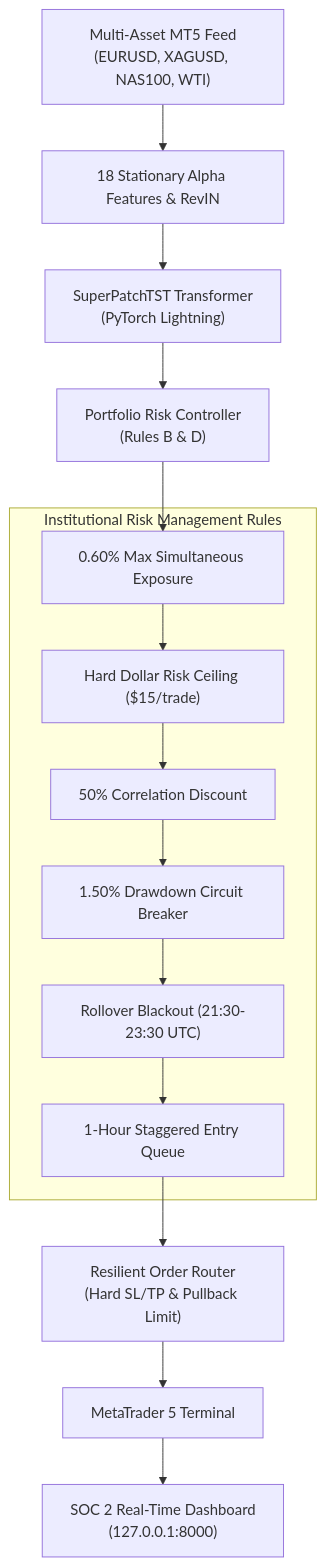
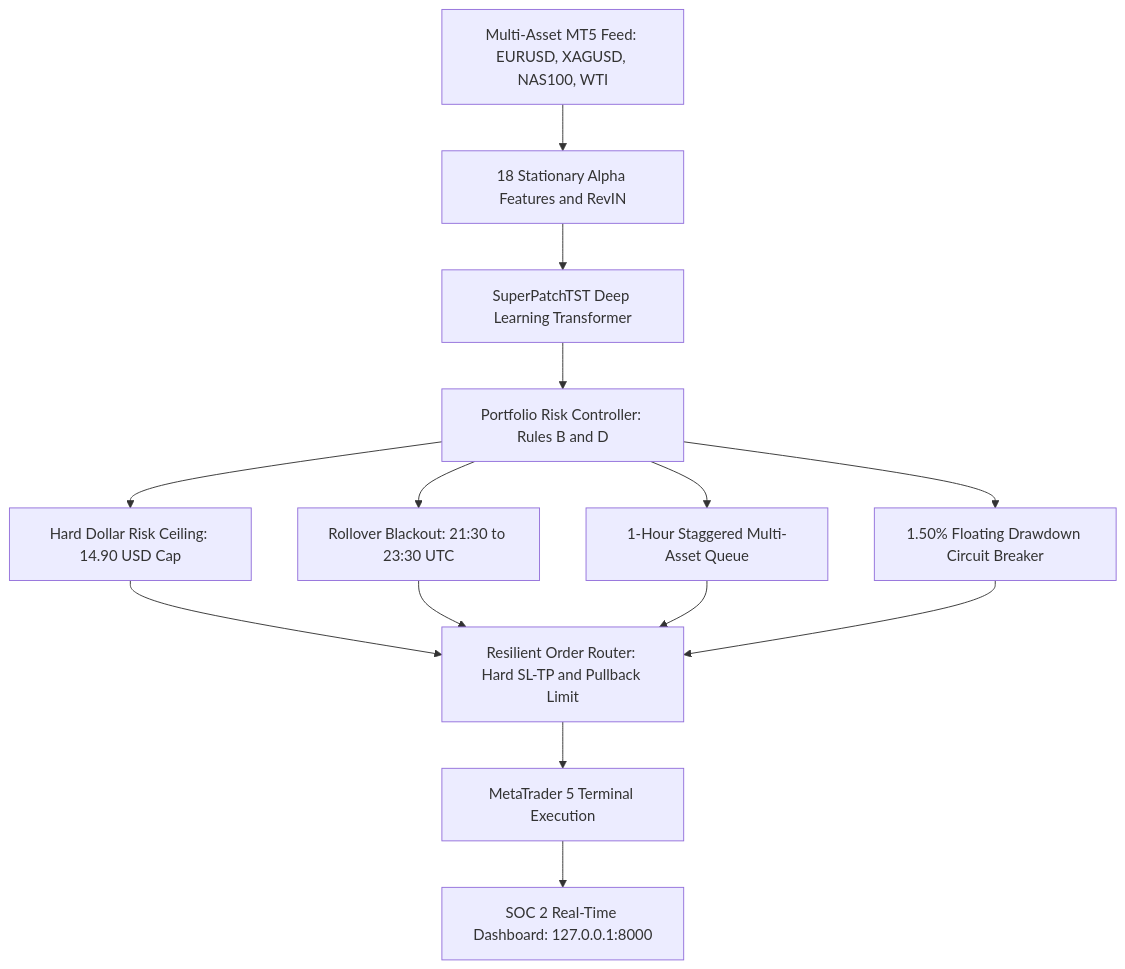
The diagram in README.md (ElMoorish/AetherQuant-MT5), drawn with Mermaid before and after one commit. The commit also changed 1 other file, not shown here.

Commit message:
docs: Convert all diagrams to universal Mermaid graph TD/LR standard

````diff
--- a/README.md
+++ b/README.md
@@ -18,19 +18,16 @@
 ```mermaid
-flowchart TD
-    Market["Multi-Asset MT5 Feed<br/>(EURUSD, XAGUSD, NAS100, WTI)"] --> FeatureEngine["18 Stationary Alpha Features & RevIN"]
-    FeatureEngine --> SuperPatchTST["SuperPatchTST Transformer<br/>(PyTorch Lightning)"]
-    SuperPatchTST --> RiskController["Portfolio Risk Controller<br/>(Rules B & D)"]
-    
-    subgraph RiskRules ["Institutional Risk Management Rules"]
-        Cap["0.60% Max Simultaneous Exposure"] --> DollarCap["Hard Dollar Risk Ceiling ($15/trade)"]
-        DollarCap --> Corr["50% Correlation Discount"]
-        Corr --> Halt["1.50% Drawdown Circuit Breaker"]
-        Halt --> Roll["Rollover Blackout (21:30-23:30 UTC)"]
-        Roll --> Stagger["1-Hour Staggered Entry Queue"]
-    end
-    
-    RiskController --> Cap
-    Stagger --> OrderRouter["Resilient Order Router<br/>(Hard SL/TP & Pullback Limit)"]
-    OrderRouter --> MT5["MetaTrader 5 Terminal"]
-    MT5 --> Dashboard["SOC 2 Real-Time Dashboard<br/>(127.0.0.1:8000)"]
+graph TD
+    A[Multi-Asset MT5 Feed: EURUSD, XAGUSD, NAS100, WTI] --> B[18 Stationary Alpha Features and RevIN]
+    B --> C[SuperPatchTST Deep Learning Transformer]
+    C --> D[Portfolio Risk Controller: Rules B and D]
+    D --> E[Hard Dollar Risk Ceiling: 14.90 USD Cap]
+    D --> F[Rollover Blackout: 21:30 to 23:30 UTC]
+    D --> G[1-Hour Staggered Multi-Asset Queue]
+    D --> H[1.50% Floating Drawdown Circuit Breaker]
+    E --> I[Resilient Order Router: Hard SL-TP and Pullback Limit]
+    F --> I
+    G --> I
+    H --> I
+    I --> J[MetaTrader 5 Terminal Execution]
+    J --> K[SOC 2 Real-Time Dashboard: 127.0.0.1:8000]
 ```
````
